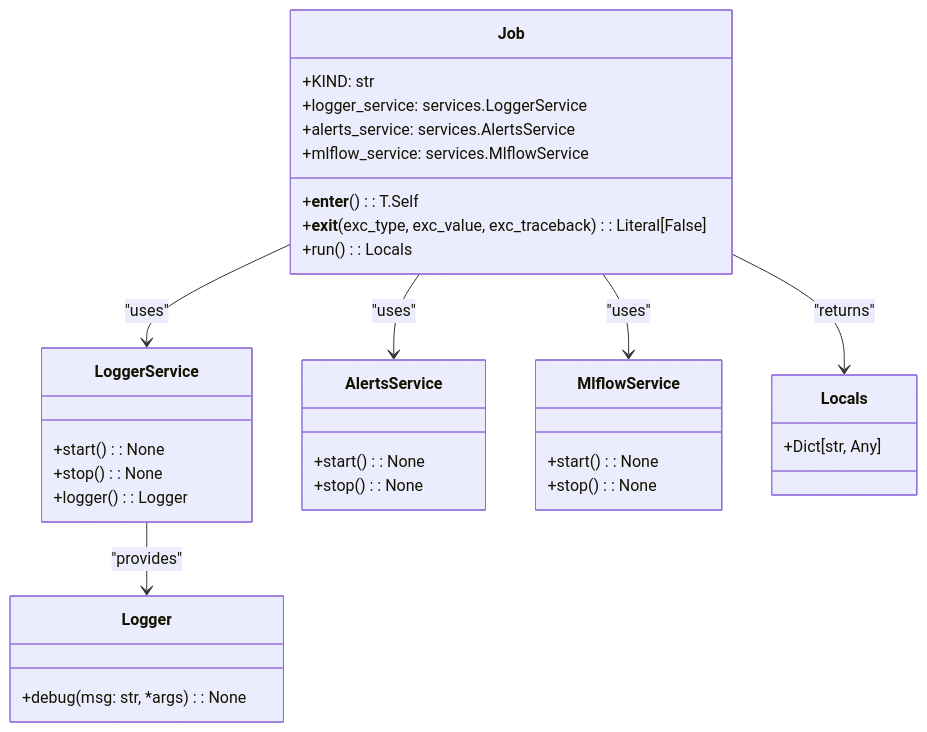
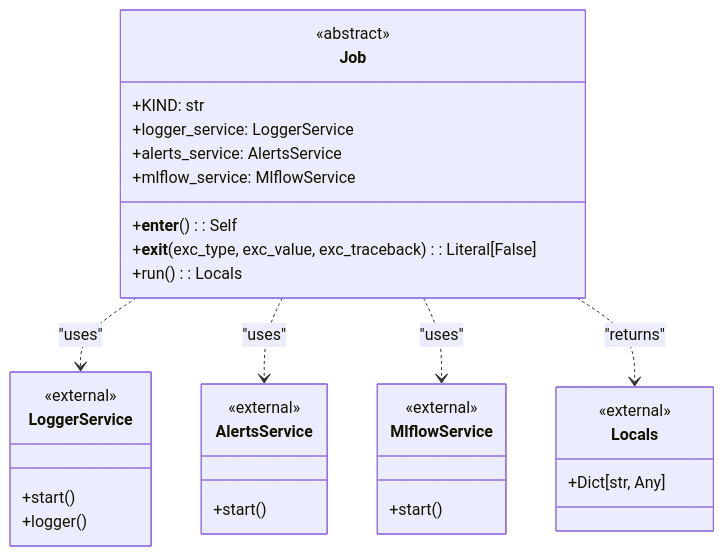
The diagram in Documents/Base_stories.md (lgcorzo/llmops-python-package), drawn with Mermaid before and after one commit. The commit also changed other lines of this file and 25 other files, not shown here.

````diff
--- a/Documents/Base_stories.md
+++ b/Documents/Base_stories.md
@@ -19,43 +20,40 @@
 ```mermaid
 classDiagram
     class Job {
+        <<abstract>>
         +KIND: str
-        +logger_service: services.LoggerService
-        +alerts_service: services.AlertsService
-        +mlflow_service: services.MlflowService
-        +__enter__() : T.Self
+        +logger_service: LoggerService
+        +alerts_service: AlertsService
+        +mlflow_service: MlflowService
+        +__enter__() : Self
         +__exit__(exc_type, exc_value, exc_traceback) : Literal[False]
         +run() : Locals
     }
-
+    
     class LoggerService {
-        +start() : None
-        +stop() : None
-        +logger() : Logger
+       <<external>>
+        +start()
+        +logger()
     }
 
     class AlertsService {
-        +start() : None
-        +stop() : None
+        <<external>>
+        +start()
     }
 
     class MlflowService {
-        +start() : None
-        +stop() : None
-    }
-
-    class Logger {
-        +debug(msg: str, *args) : None
+       <<external>>
+        +start()
     }
 
     class Locals {
+       <<external>>
         +Dict[str, Any]
     }
 
-    Job --> LoggerService : "uses"
-    Job --> AlertsService : "uses"
-    Job --> MlflowService : "uses"
-    LoggerService --> Logger : "provides"
-    Job --> Locals : "returns"
+    Job ..> LoggerService : "uses"
+    Job ..> AlertsService : "uses"
+    Job ..> MlflowService : "uses"
+    Job ..> Locals : "returns"
 
 ```
````
